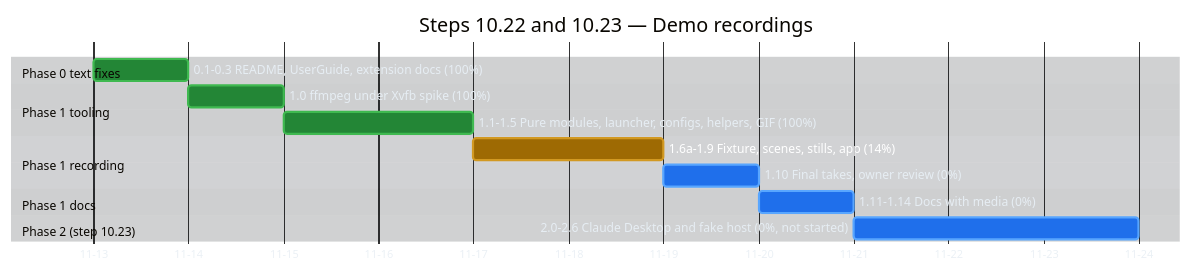
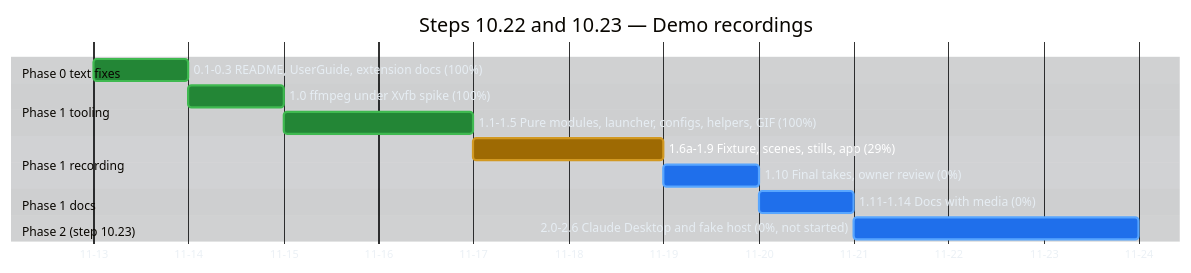
Before and after one commit to raulkivi/agent-cost-analyzer: the second of 4 diagrams in docs/implementation-plan-gantt.md, drawn with Mermaid. The commit also changed other lines of this file and 1 other file, not shown here.

````diff
--- a/docs/implementation-plan-gantt.md
+++ b/docs/implementation-plan-gantt.md
@@ -135,51 +135,51 @@
 ```mermaid
 %%{init: {
   "theme": "base",
   "themeVariables": {
     "darkMode": true,
     "background": "#0d1117",
     "textColor": "#e6edf3",
     "primaryTextColor": "#e6edf3",
     "lineColor": "#8b949e",
     "sectionBkgColor": "#161b22",
     "sectionBkgColor2": "#1c2129",
     "altSectionBkgColor": "#0d1117",
     "gridColor": "#30363d",
     "excludeBkgColor": "#161b22",
     "todayLineColor": "#f85149",
     "taskBkgColor": "#1f6feb",
     "taskBorderColor": "#58a6ff",
     "taskTextColor": "#ffffff",
     "taskTextLightColor": "#ffffff",
     "taskTextDarkColor": "#ffffff",
     "taskTextOutsideColor": "#e6edf3",
     "doneTaskBkgColor": "#238636",
     "doneTaskBorderColor": "#3fb950",
     "activeTaskBkgColor": "#9e6a03",
     "activeTaskBorderColor": "#d29922",
     "critBkgColor": "#da3633",
     "critBorderColor": "#f85149"
   }
 }}%%
 gantt
     title Steps 10.22 and 10.23 — Demo recordings
     dateFormat YYYY-MM-DD
     axisFormat %m-%d
 
     section Phase 0 text fixes
     0.1-0.3 README, UserGuide, extension docs (100%) :done, d0, 2026-11-13, 1d
 
     section Phase 1 tooling
     1.0 ffmpeg under Xvfb spike (100%)              :done, d10, after d0, 1d
     1.1-1.5 Pure modules, launcher, configs, helpers, GIF (100%) :done, d11, after d10, 2d
 
     section Phase 1 recording
-    1.6a-1.9 Fixture, scenes, stills, app (14%)     :active, d16, after d11, 2d
+    1.6a-1.9 Fixture, scenes, stills, app (29%)     :active, d16, after d11, 2d
     1.10 Final takes, owner review (0%)            :d110, after d16, 1d
 
     section Phase 1 docs
     1.11-1.14 Docs with media (0%)                 :d111, after d110, 1d
 
     section Phase 2 (step 10.23)
     2.0-2.6 Claude Desktop and fake host (0%, not started) :d20, after d111, 3d
 ```
````
